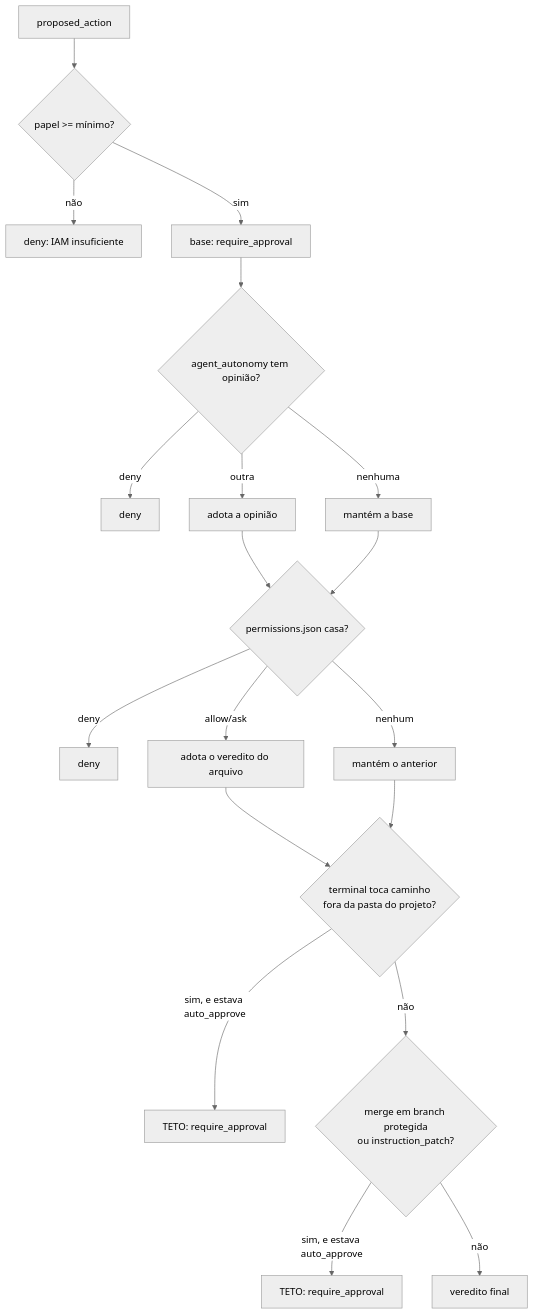
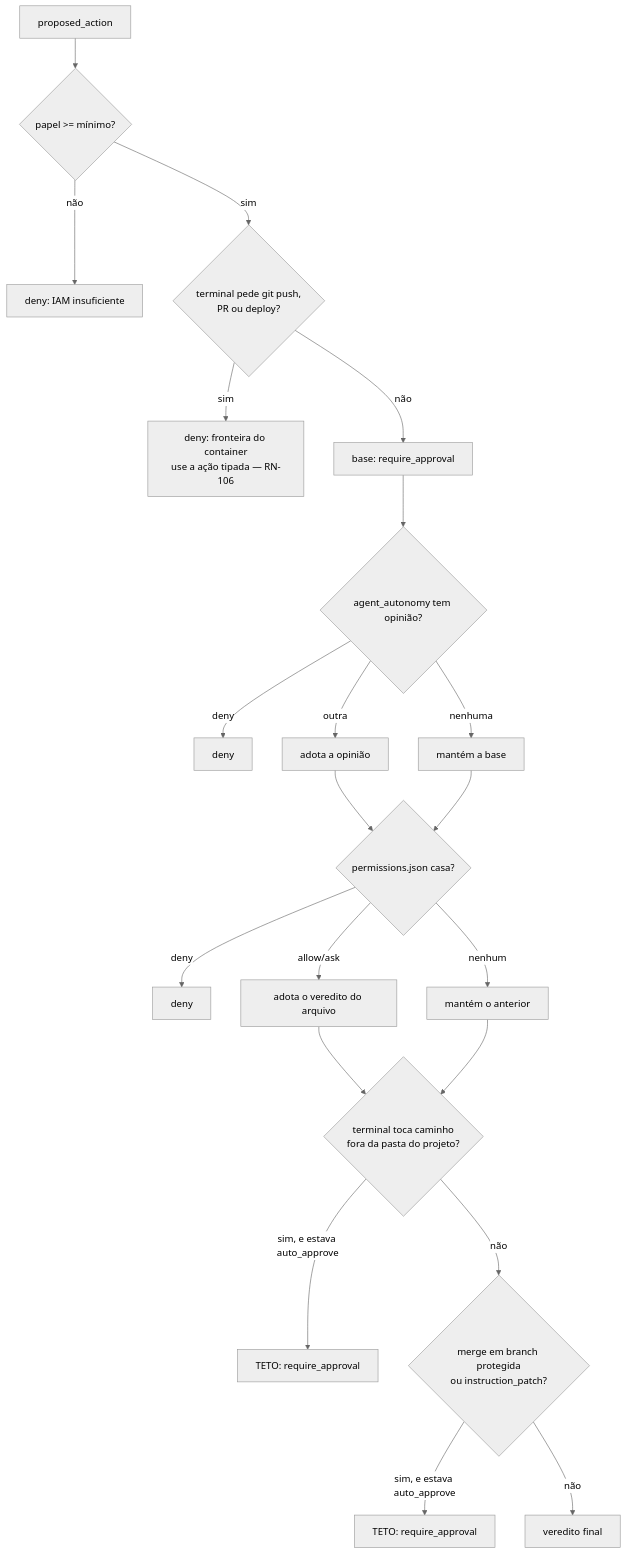
One commit to daneiel/brabo changed the diagram in docs/reference/permissions.md. Above: the diagram before and after it, drawn with Mermaid (neutral theme). The commit also changed other lines of this file and 46 other files, not shown here.

````diff
--- a/docs/reference/permissions.md
+++ b/docs/reference/permissions.md
@@ -180,21 +180,23 @@
 ```mermaid
 flowchart TD
   A[proposed_action] --> B{papel >= mínimo?}
   B -->|não| D1[deny: IAM insuficiente]
-  B -->|sim| C[base: require_approval]
+  B -->|sim| Z{terminal pede git push,<br/>PR ou deploy?}
+  Z -->|sim| D4[deny: fronteira do container<br/>use a ação tipada — RN-106]
+  Z -->|não| C[base: require_approval]
   C --> D{agent_autonomy tem opinião?}
   D -->|deny| D2[deny]
   D -->|outra| E[adota a opinião]
   D -->|nenhuma| E2[mantém a base]
   E --> F{permissions.json casa?}
   E2 --> F
   F -->|deny| D3[deny]
   F -->|allow/ask| G[adota o veredito do arquivo]
   F -->|nenhum| G2[mantém o anterior]
   G --> S{terminal toca caminho<br/>fora da pasta do projeto?}
   G2 --> S
   S -->|sim, e estava auto_approve| I2[TETO: require_approval]
   S -->|não| H{merge em branch protegida<br/>ou instruction_patch?}
   H -->|sim, e estava auto_approve| I[TETO: require_approval]
   H -->|não| J[veredito final]
 ```
````
